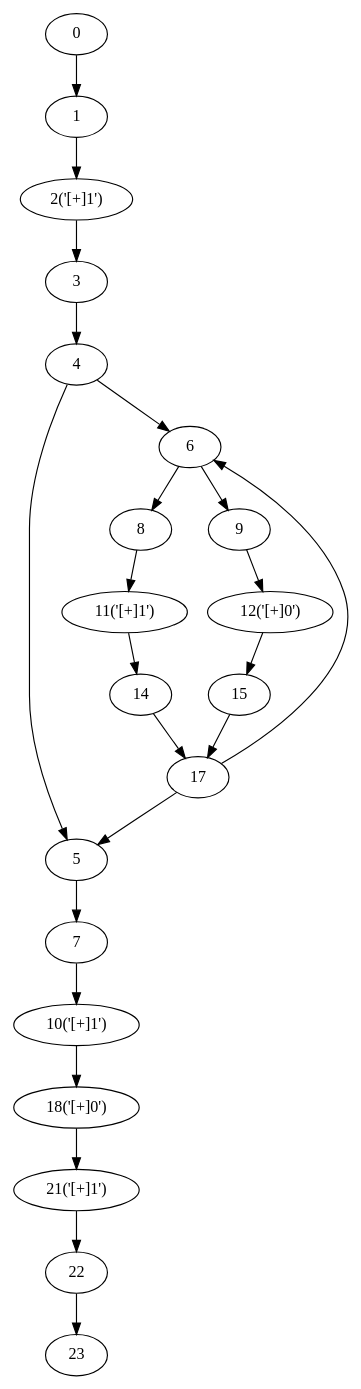
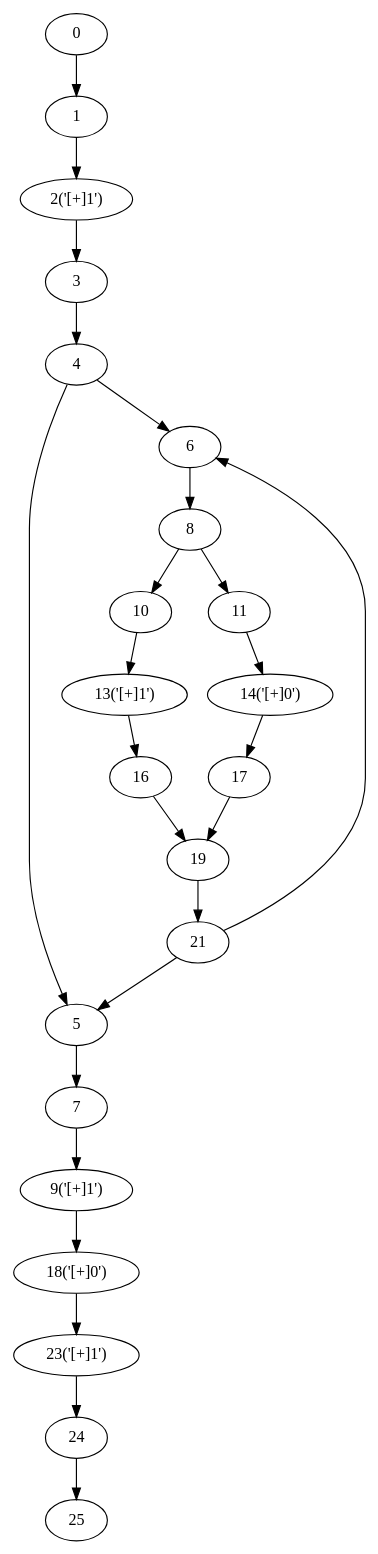
One commit to yyl-20020115/NRegEx changed the diagram in NRegex.Test/Graphs/TestMethod07.dot. Above: the diagram before and after it, drawn with Graphviz. The commit also changed 20 other files, not shown here.

```diff
--- a/NRegex.Test/Graphs/TestMethod07.dot
+++ b/NRegex.Test/Graphs/TestMethod07.dot
@@ -1,44 +1,48 @@
 digraph g {
 	0 ;
 	1 ;
 	2 [label="2('[+]1')"];
 	3 ;
 	4 ;
 	5 ;
 	6 ;
 	7 ;
 	8 ;
-	9 ;
-	10 [label="10('[+]1')"];
-	11 [label="11('[+]1')"];
-	12 [label="12('[+]0')"];
-	14 ;
-	15 ;
+	9 [label="9('[+]1')"];
+	10 ;
+	11 ;
+	13 [label="13('[+]1')"];
+	14 [label="14('[+]0')"];
+	16 ;
 	17 ;
 	18 [label="18('[+]0')"];
-	21 [label="21('[+]1')"];
-	22 ;
-	23 ;
+	19 ;
+	21 ;
+	23 [label="23('[+]1')"];
+	24 ;
+	25 ;
 	0->1;
 	1->2;
 	2->3;
 	3->4;
 	4->5;
-	17->5;
+	21->5;
 	4->6;
-	17->6;
+	21->6;
 	5->7;
 	6->8;
-	6->9;
-	7->10;
+	7->9;
+	8->10;
 	8->11;
-	9->12;
+	10->13;
 	11->14;
-	12->15;
+	13->16;
 	14->17;
-	15->17;
-	10->18;
-	18->21;
-	21->22;
-	22->23;
+	9->18;
+	16->19;
+	17->19;
+	19->21;
+	18->23;
+	23->24;
+	24->25;
 }
```
